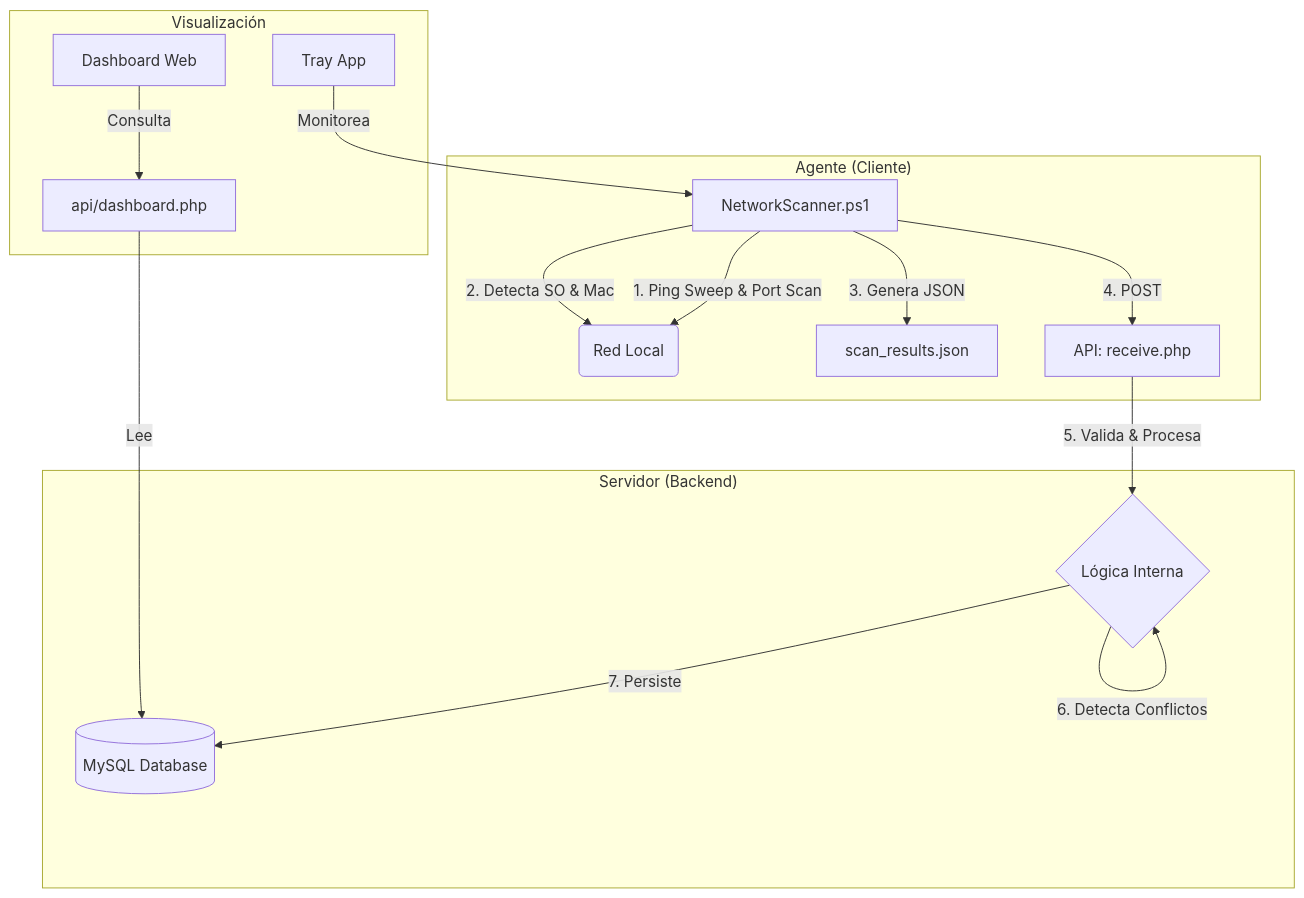
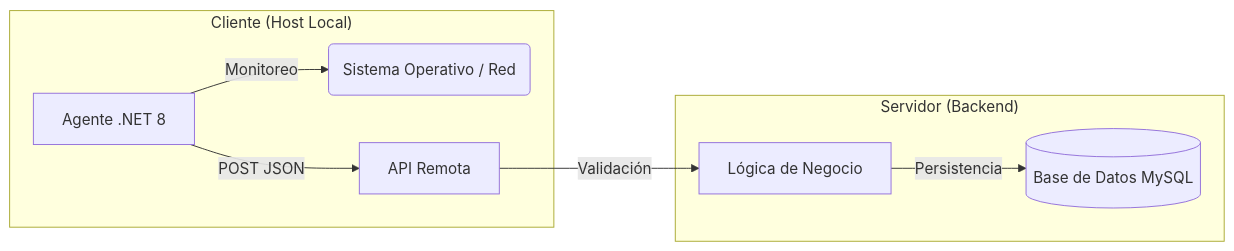
One commit to HectorPOsuna/escaner-red changed the diagram in README.md. Above: the diagram before and after it, drawn with Mermaid. The commit also changed other lines of this file, not shown here.

````diff
--- a/README.md
+++ b/README.md
@@ -37,21 +33,12 @@
 ```mermaid
-graph TD
-    subgraph "Agente (Cliente)"
-        A[NetworkScanner.ps1] -->|1. Ping Sweep & Port Scan| B(Red Local)
-        A -->|2. Detecta SO & Mac| B
-        A -->|3. Genera JSON| C[scan_results.json]
-        A -->|4. POST| D[API: receive.php]
+graph LR
+    subgraph "Cliente (Host Local)"
+        A[Agente .NET 8] -->|Monitoreo| B(Sistema Operativo / Red)
+        A -->|POST JSON| C[API Remota]
     end
 
     subgraph "Servidor (Backend)"
-        D -->|5. Valida & Procesa| E{Lógica Interna}
-        E -->|6. Detecta Conflictos| E
-        E -->|7. Persiste| F[(MySQL Database)]
-    end
-
-    subgraph "Visualización"
-        G[Dashboard Web] -->|Consulta| H[api/dashboard.php]
-        H -->|Lee| F
-        I[Tray App] -->|Monitorea| A
+        C -->|Validación| D[Lógica de Negocio]
+        D -->|Persistencia| E[(Base de Datos MySQL)]
     end
 ```
````
